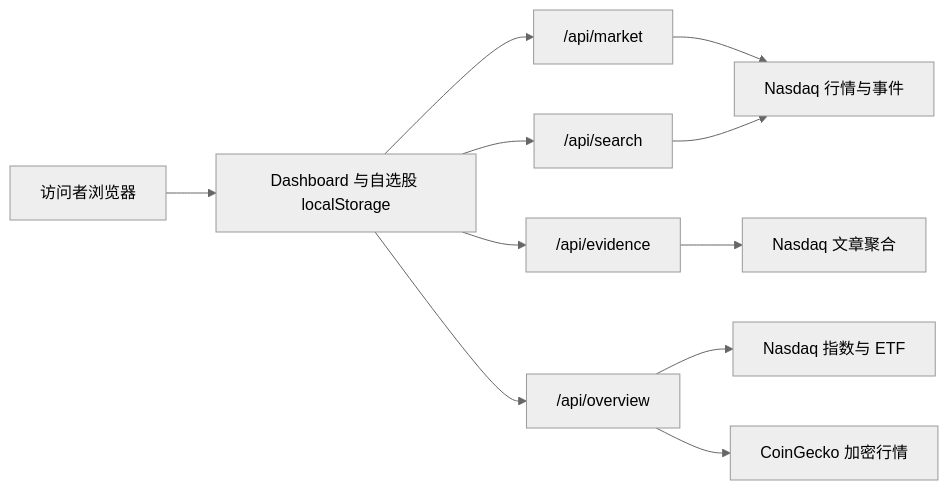
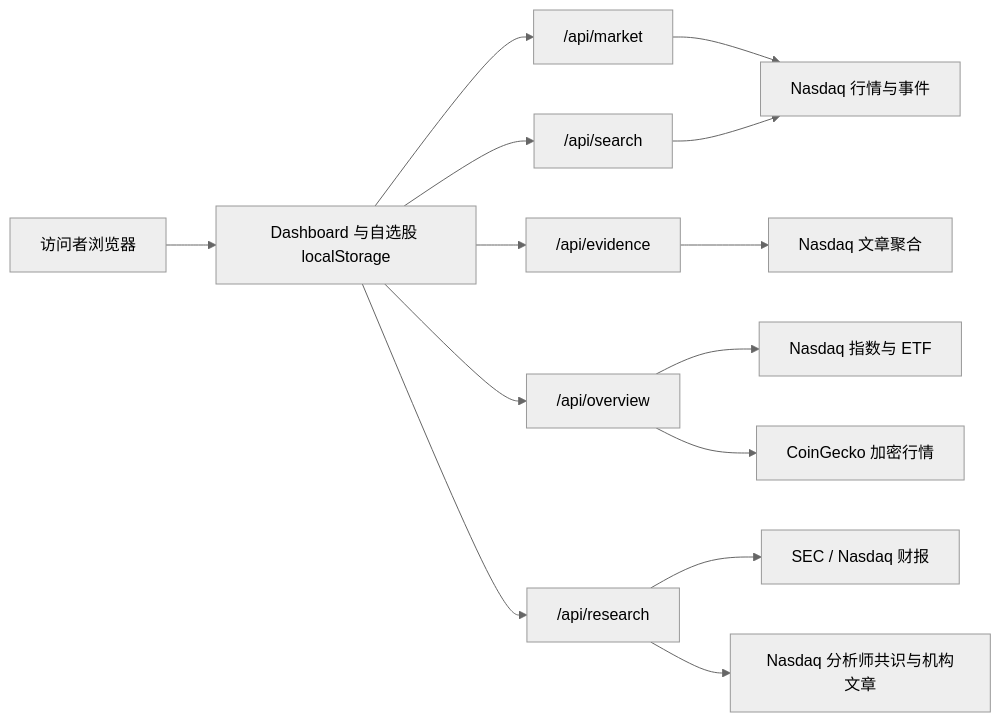
One commit to JoeZhong2002/atlas-markets-dashboard changed the diagram in README.md. Above: the diagram before and after it, drawn with Mermaid (neutral theme). The commit also changed other lines of this file, not shown here.

````diff
--- a/README.md
+++ b/README.md
@@ -79,13 +87,16 @@
 ```mermaid
 flowchart LR
     U["访问者浏览器"] --> W["Dashboard 与自选股 localStorage"]
     W --> M["/api/market"]
     W --> S["/api/search"]
     W --> E["/api/evidence"]
     W --> O["/api/overview"]
+    W --> R["/api/research"]
     M --> N["Nasdaq 行情与事件"]
     S --> N
     E --> N2["Nasdaq 文章聚合"]
     O --> N3["Nasdaq 指数与 ETF"]
     O --> C["CoinGecko 加密行情"]
+    R --> S1["SEC / Nasdaq 财报"]
+    R --> S2["Nasdaq 分析师共识与机构文章"]
 ```
````
